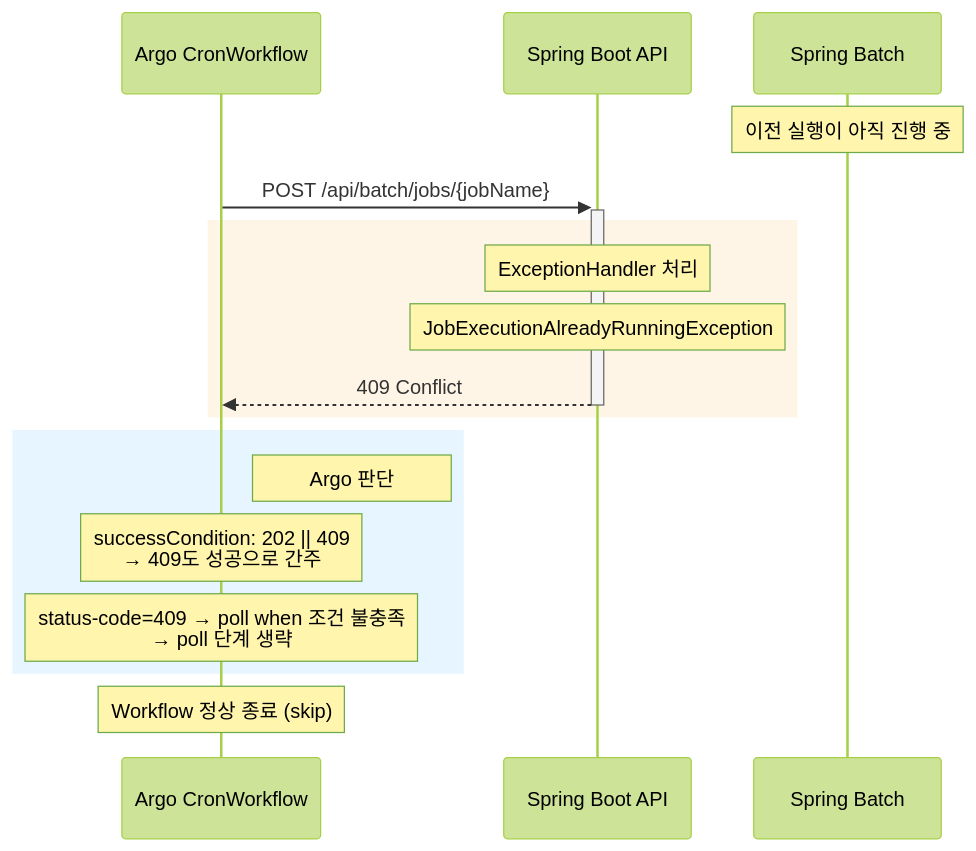
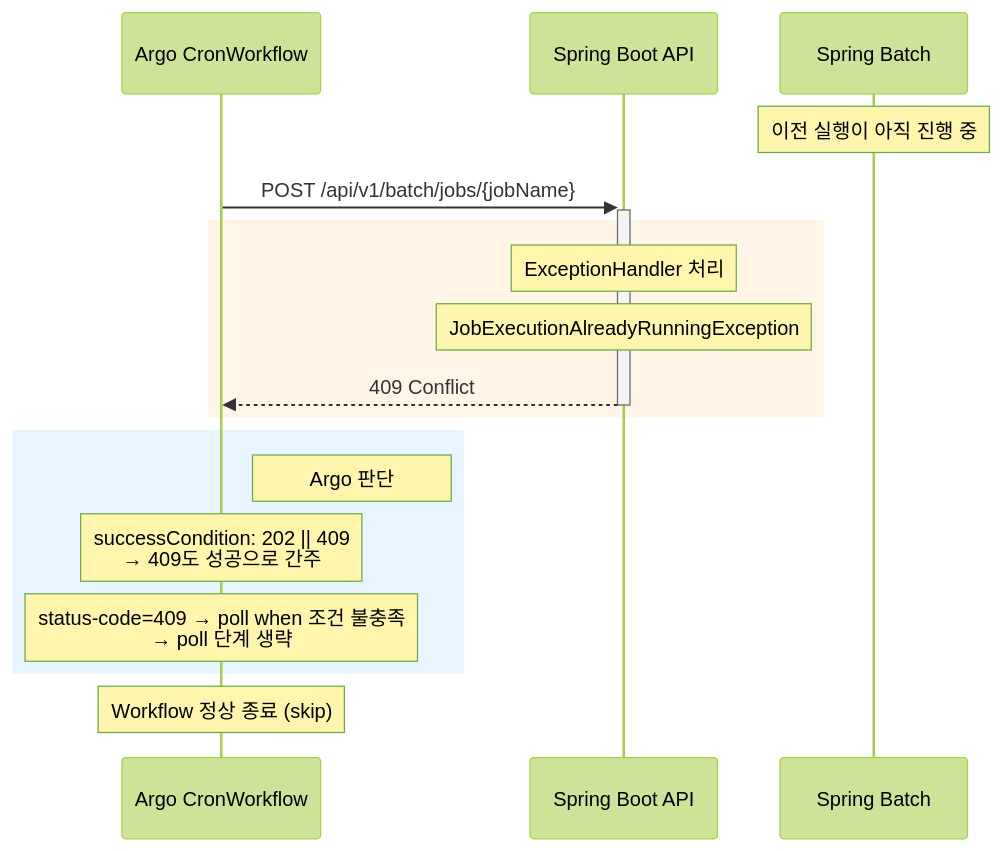
The fourth of 5 diagrams in spring-batch-argo-workflows/docs/architecture.md (sanggi-wjg/kotlin-spring-boot-demos), drawn with Mermaid (forest theme) before and after one commit. The commit also changed other lines of this file and 6 other files, not shown here.

Commit message:
Update batch workflow templates and API paths, add Slack notification on failure, and enhance polling logic

````diff
--- a/spring-batch-argo-workflows/docs/architecture.md
+++ b/spring-batch-argo-workflows/docs/architecture.md
@@ -207,22 +228,22 @@
 ```mermaid
 sequenceDiagram
     participant Argo as Argo CronWorkflow
     participant API as Spring Boot API
     participant Batch as Spring Batch
     Note over Batch: 이전 실행이 아직 진행 중
-    Argo ->>+ API: POST /api/batch/jobs/{jobName}
+    Argo ->>+ API: POST /api/v1/batch/jobs/{jobName}
 
     rect rgb(255, 245, 230)
         Note over API: ExceptionHandler 처리
         Note over API: JobExecutionAlreadyRunningException
         API -->>- Argo: 409 Conflict
     end
 
     rect rgb(230, 245, 255)
         Note right of Argo: Argo 판단
         Note over Argo: successCondition: 202 || 409<br/>→ 409도 성공으로 간주
         Note over Argo: status-code=409 → poll when 조건 불충족<br/>→ poll 단계 생략
     end
 
     Note over Argo: Workflow 정상 종료 (skip)
 ```
````
